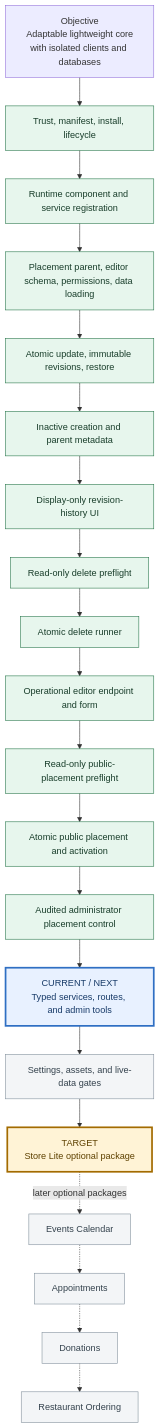
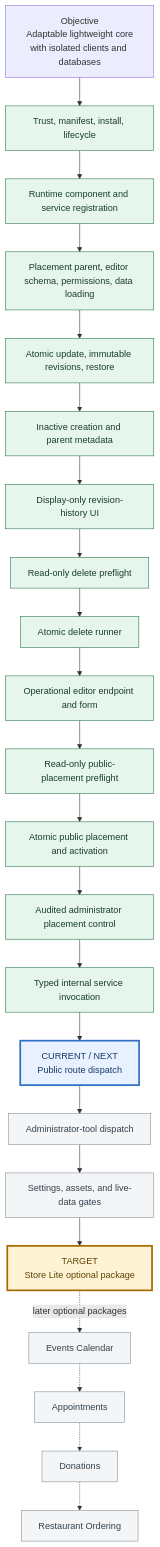
One commit to orojas01-glitch/redcms changed the diagram in docs/ADD-ON-PLATFORM-STATUS.md. Above: the diagram before and after it, drawn with Mermaid. The commit also changed other lines of this file and 10 other files, not shown here.

Commit message:
Add typed add-on service invocation

````diff
--- a/docs/ADD-ON-PLATFORM-STATUS.md
+++ b/docs/ADD-ON-PLATFORM-STATUS.md
@@ -7,32 +7,34 @@
 ```mermaid
 flowchart TD
     O["Objective<br/>Adaptable lightweight core<br/>with isolated clients and databases"]
     O --> F1["Trust, manifest, install, lifecycle"]
     F1 --> F2["Runtime component and service registration"]
     F2 --> F3["Placement parent, editor schema, permissions, data loading"]
     F3 --> F4["Atomic update, immutable revisions, restore"]
     F4 --> F5["Inactive creation and parent metadata"]
     F5 --> F6["Display-only revision-history UI"]
     F6 --> F7["Read-only delete preflight"]
     F7 --> F8["Atomic delete runner"]
     F8 --> F9["Operational editor endpoint and form"]
     F9 --> F10["Read-only public-placement preflight"]
     F10 --> F11["Atomic public placement and activation"]
     F11 --> F12["Audited administrator placement control"]
-    F12 --> C["CURRENT / NEXT<br/>Typed services, routes, and admin tools"]
-    C --> G5["Settings, assets, and live-data gates"]
+    F12 --> F13["Typed internal service invocation"]
+    F13 --> C["CURRENT / NEXT<br/>Public route dispatch"]
+    C --> G4["Administrator-tool dispatch"]
+    G4 --> G5["Settings, assets, and live-data gates"]
     G5 --> S["TARGET<br/>Store Lite optional package"]
     S -. later optional packages .-> E["Events Calendar"]
     E -.-> A["Appointments"]
     A -.-> D["Donations"]
     D -.-> R["Restaurant Ordering"]
 
     classDef complete fill:#e7f6ed,stroke:#27764a,color:#183d2a;
     classDef current fill:#e8f1ff,stroke:#2f6fc3,color:#173a68,stroke-width:3px;
     classDef remaining fill:#f3f5f7,stroke:#82909c,color:#34424d;
     classDef target fill:#fff3d6,stroke:#a36b00,color:#5e4100,stroke-width:3px;
-    class F1,F2,F3,F4,F5,F6,F7,F8,F9,F10,F11,F12 complete;
+    class F1,F2,F3,F4,F5,F6,F7,F8,F9,F10,F11,F12,F13 complete;
     class C current;
-    class G5,E,A,D,R remaining;
+    class G4,G5,E,A,D,R remaining;
     class S target;
 ```
````
